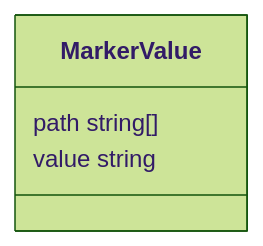
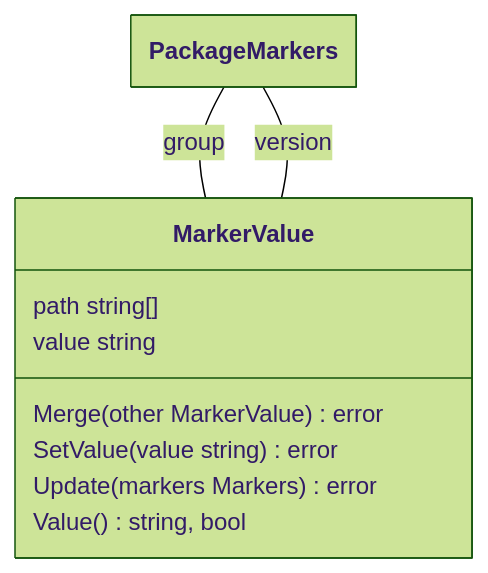
The sixth of 17 diagrams in docs/model/model.md (theunrepentantgeek/crddoc), drawn with Mermaid (forest theme) before and after one commit. The commit also changed other lines of this file and 8 other files, not shown here.

````diff
--- a/docs/model/model.md
+++ b/docs/model/model.md
@@ -209,19 +290,27 @@
 ```mermaid
 ---
   config:
     class:
       hideEmptyMembersBox: true
 ---
 classDiagram
 
 class MarkerValue["MarkerValue"]{  
       path string[]  
-      value string
+      value string  
+      Merge(other MarkerValue)error  
+      SetValue(value string)error  
+      Update(markers Markers)error  
+      Value()string, bool
 
 
 } 
 
+PackageMarkers -- MarkerValue : group 
+PackageMarkers -- MarkerValue : version 
 
 
+class PackageMarkers["PackageMarkers"]
+class PackageMarkers["PackageMarkers"]
 
 ```
````
